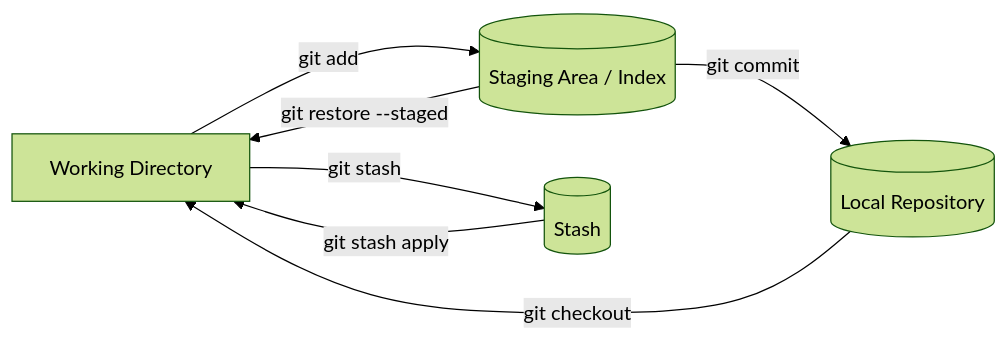
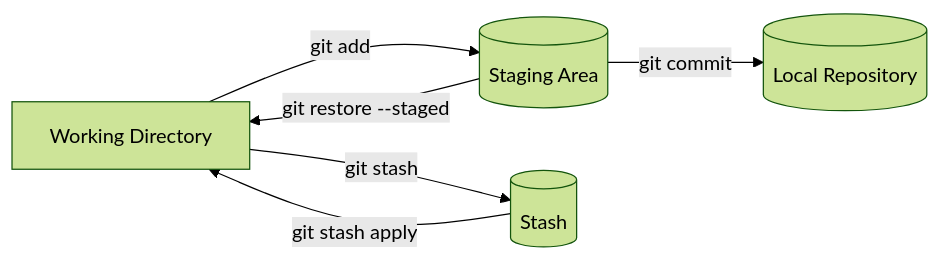
One commit to h23pouladi/git-cheat-sheet changed the second of 4 diagrams in README.md. Above: the diagram before and after it, drawn with Mermaid (forest theme).

````diff
--- a/README.md
+++ b/README.md
@@ -53,14 +53,13 @@
 ```mermaid
 flowchart LR
 WD[Working Directory]
-SA[(Staging Area / Index)]
+SA[(Staging Area)]
 LR[(Local Repository)]
 ST[(Stash)]
 
 WD -->|"git add"| SA
 SA -->|"git restore --staged"| WD
 WD -->|"git stash"| ST
 ST -->|"git stash apply"| WD
 SA -->|"git commit"| LR
-LR -->|"git checkout"| WD
 ```
````
